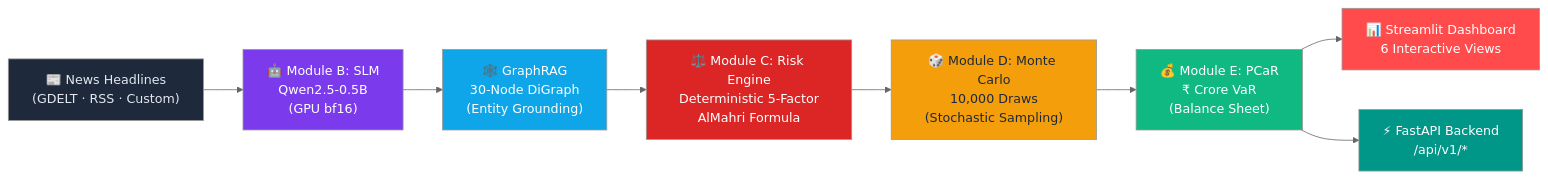
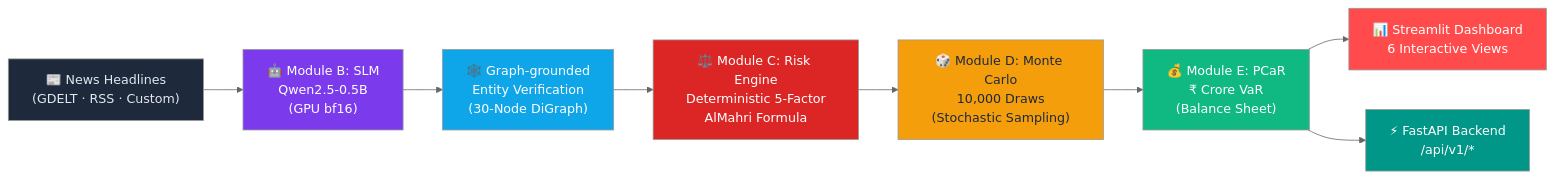
The diagram in README.md (Prasad07-droid/counterverse), drawn with Mermaid (neutral theme) before and after one commit. The commit also changed other lines of this file and 2 other files, not shown here.

Commit message:
docs: use precise graph verification terminology

````diff
--- a/README.md
+++ b/README.md
@@ -25,19 +25,19 @@
 ```mermaid
 flowchart LR
     A["📰 News Headlines<br/>(GDELT · RSS · Custom)"] --> B["🤖 Module B: SLM<br/>Qwen2.5-0.5B<br/>(GPU bf16)"]
-    B --> G["🕸️ GraphRAG<br/>30-Node DiGraph<br/>(Entity Grounding)"]
+    B --> G["🕸️ Graph-grounded<br/>Entity Verification<br/>(30-Node DiGraph)"]
     G --> C["⚖️ Module C: Risk Engine<br/>Deterministic 5-Factor<br/>AlMahri Formula"]
     C --> D["🎲 Module D: Monte Carlo<br/>10,000 Draws<br/>(Stochastic Sampling)"]
     D --> E["💰 Module E: PCaR<br/>₹ Crore VaR<br/>(Balance Sheet)"]
     E --> F["📊 Streamlit Dashboard<br/>6 Interactive Views"]
     E --> API["⚡ FastAPI Backend<br/>/api/v1/*"]
 
     style A fill:#1e293b,color:#e2e8f0
     style B fill:#7c3aed,color:#fff
     style G fill:#0ea5e9,color:#fff
     style C fill:#dc2626,color:#fff
     style D fill:#f59e0b,color:#1e293b
     style E fill:#10b981,color:#fff
     style F fill:#ff4b4b,color:#fff
     style API fill:#009688,color:#fff
 ```
````
